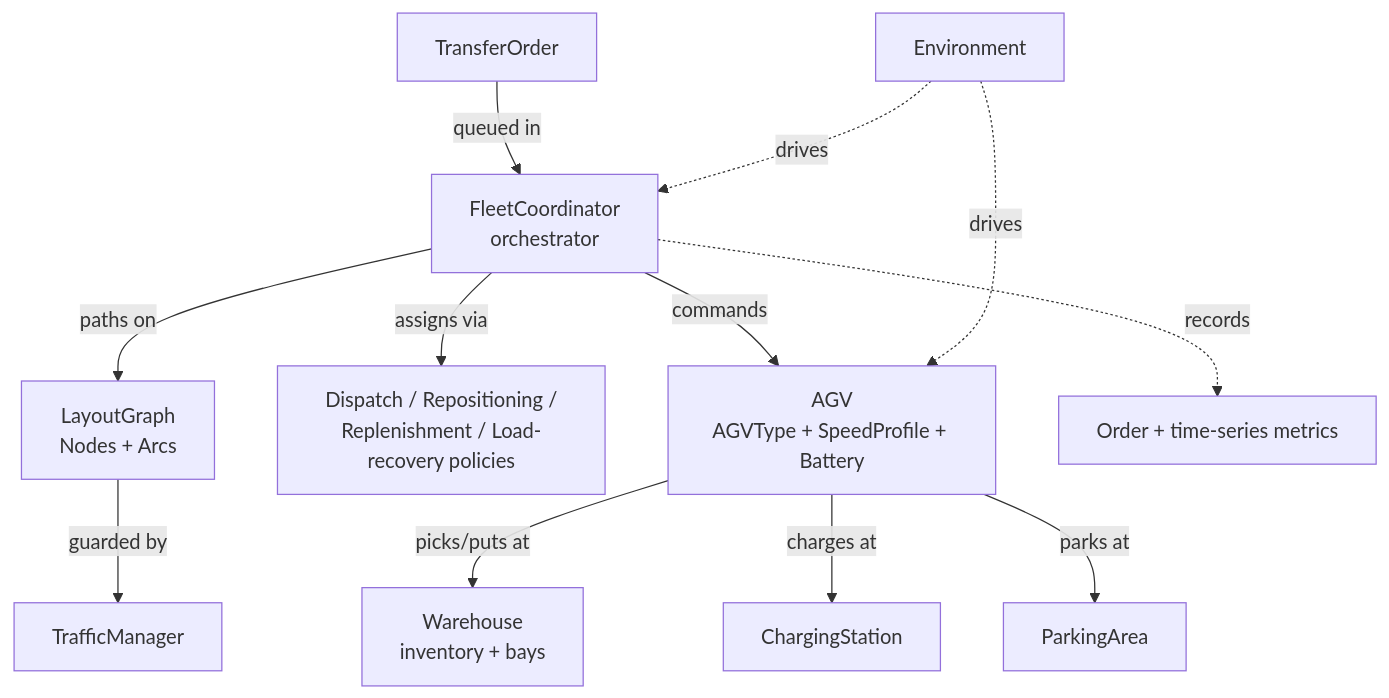
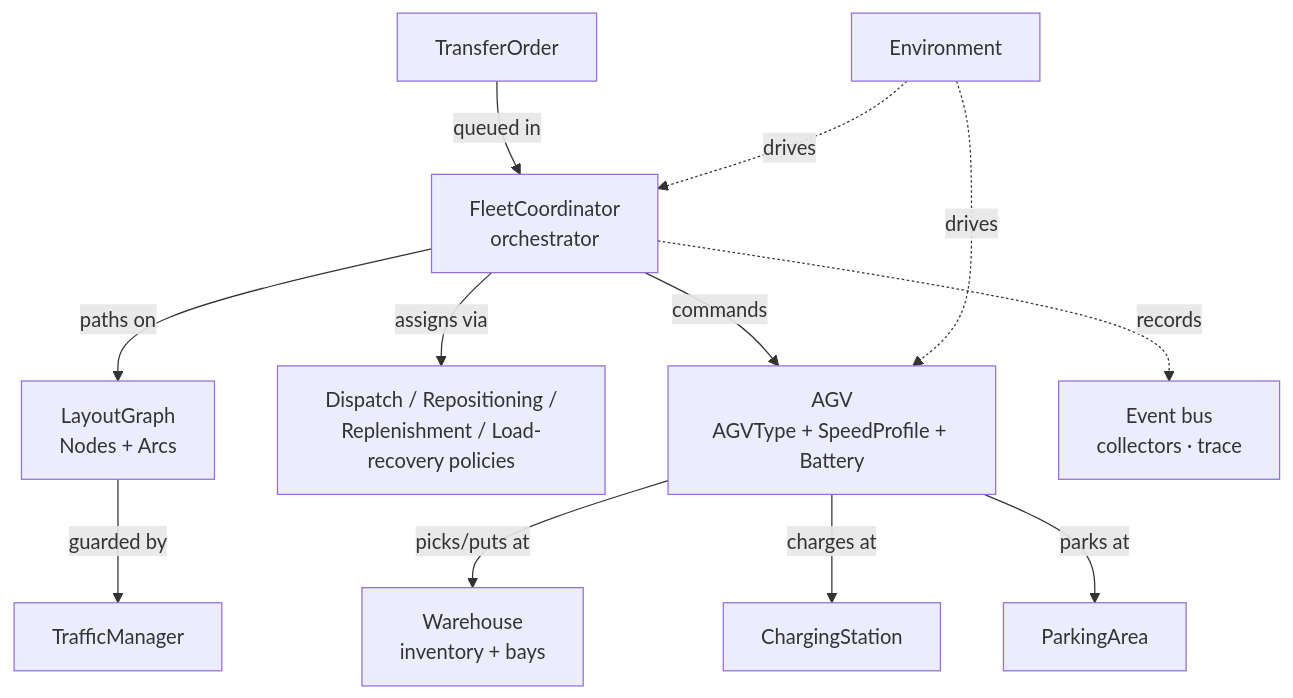
The second of 2 diagrams in docs/introduction/architecture.md (dmezzogori/simulatte), drawn with Mermaid before and after one commit. The commit also changed other lines of this file and 225 other files, not shown here.

````diff
--- a/docs/introduction/architecture.md
+++ b/docs/introduction/architecture.md
@@ -41,26 +41,26 @@
 ```mermaid
 graph TD
     Env2["Environment"]
     LG["LayoutGraph<br/>Nodes + Arcs"]
     WH["Warehouse<br/>inventory + bays"]
     TO["TransferOrder"]
     FC["FleetCoordinator<br/>orchestrator"]
     DP["Dispatch / Repositioning /<br/>Replenishment / Load-recovery policies"]
     TM["TrafficManager"]
     AGV["AGV<br/>AGVType + SpeedProfile + Battery"]
     CH["ChargingStation"]
     PK["ParkingArea"]
-    M["Order + time-series metrics"]
+    M["Event bus<br/>collectors · trace"]
 
     TO -->|queued in| FC
     FC -->|assigns via| DP
     FC -->|paths on| LG
     LG -->|guarded by| TM
     FC -->|commands| AGV
     AGV -->|picks/puts at| WH
     AGV -->|charges at| CH
     AGV -->|parks at| PK
     Env2 -.drives.-> FC
     Env2 -.drives.-> AGV
     FC -.records.-> M
 ```
````
